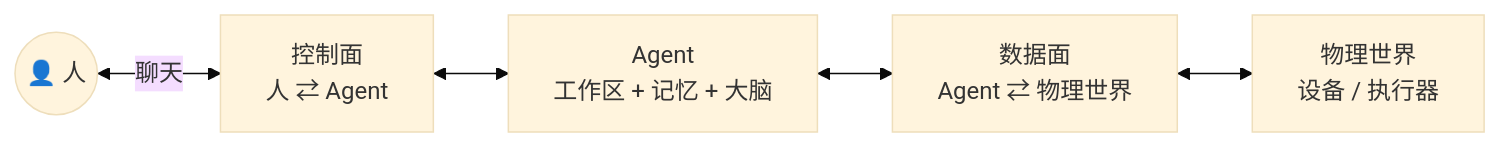
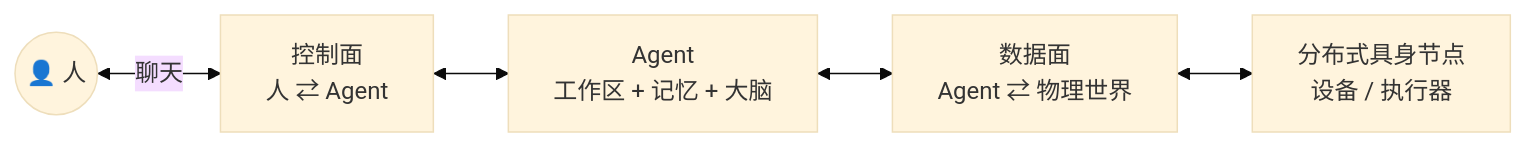
Before and after one commit to Ly-FirmwareLab/Agent-Ops-Architecture: the diagram in README.md, drawn with Mermaid (base theme). The commit also changed other lines of this file and 6 other files, not shown here.

````diff
--- a/README.md
+++ b/README.md
@@ -22,13 +28,13 @@
 ```mermaid
 flowchart LR
     H(("👤 人"))
     C["控制面<br/>人 ⇄ Agent"]
     A["Agent<br/>工作区 + 记忆 + 大脑"]
     D["数据面<br/>Agent ⇄ 物理世界"]
-    P["物理世界<br/>设备 / 执行器"]
+    P["分布式具身节点<br/>设备 / 执行器"]
 
     H <-->|"聊天"| C
     C <--> A
     A <--> D
     D <--> P
 ```
````
